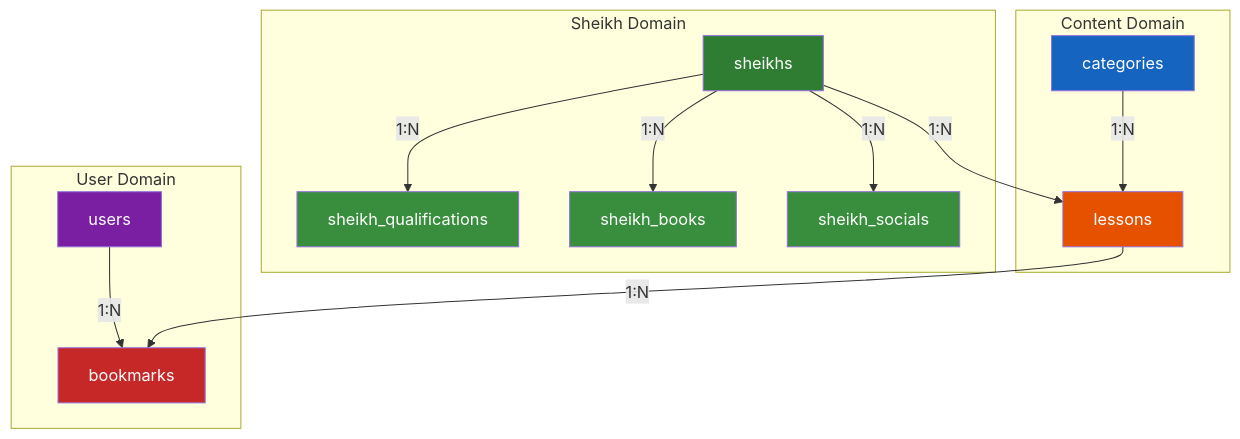
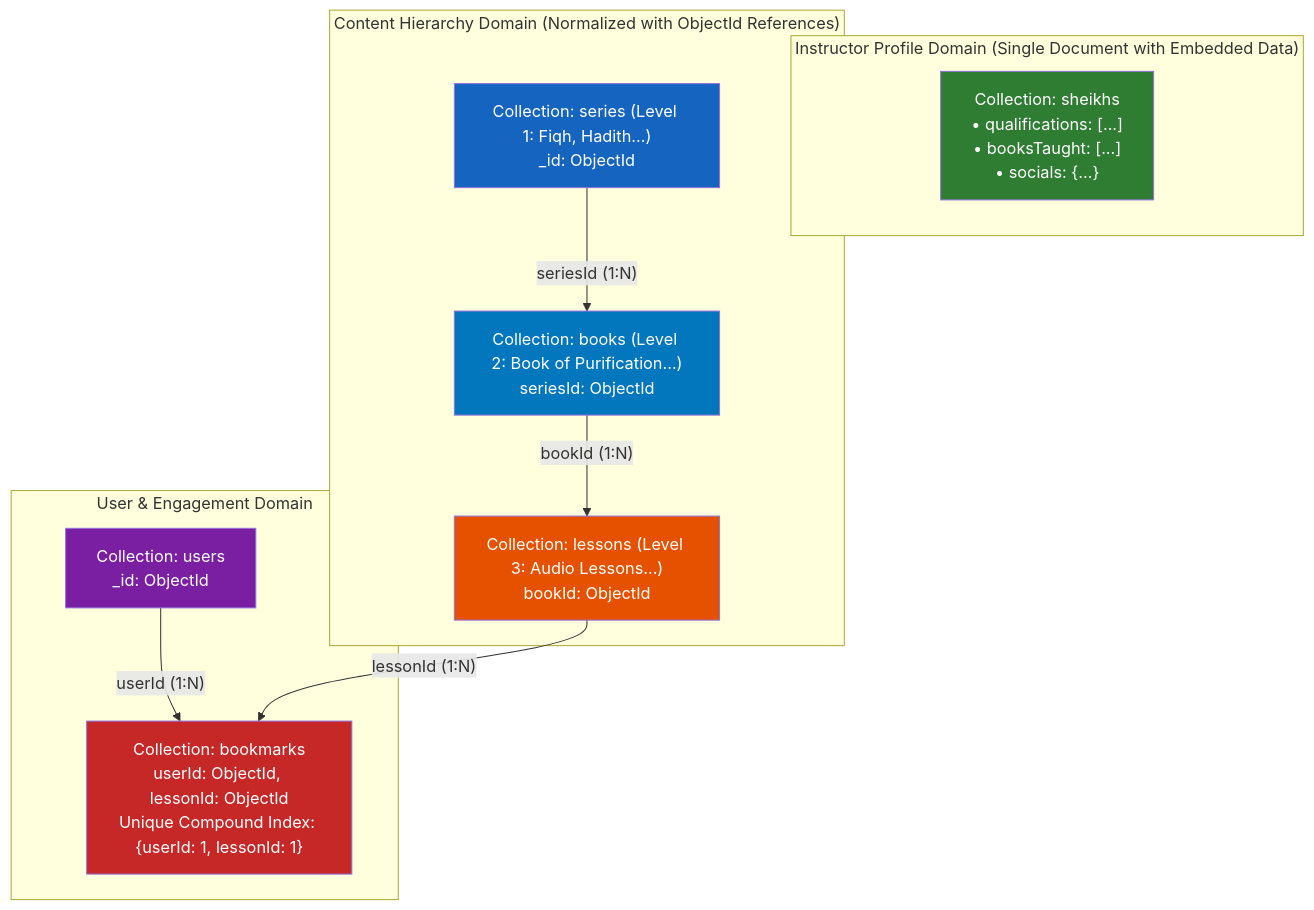
Before and after one commit to mohammedSayedRADWAN/islamic: the second of 2 diagrams in database-design/03-erd-diagram.md, drawn with Mermaid. The commit also changed other lines of this file and 7 other files, not shown here.

Commit message:
docs: add comprehensive database design documentation and MongoDB schema specification

````diff
--- a/database-design/03-erd-diagram.md
+++ b/database-design/03-erd-diagram.md
@@ -100,36 +112,29 @@
 ```mermaid
 graph TB
-    subgraph "Sheikh Domain"
-        S["sheikhs"]
-        SQ["sheikh_qualifications"]
-        SB["sheikh_books"]
-        SS["sheikh_socials"]
+    subgraph "Instructor Profile Domain (Single Document with Embedded Data)"
+        S["Collection: sheikhs<br/>• qualifications: [...]<br/>• booksTaught: [...]<br/>• socials: {...}"]
     end
 
-    subgraph "Content Domain"
-        C["categories"]
-        L["lessons"]
+    subgraph "Content Hierarchy Domain (Normalized with ObjectId References)"
+        SE["Collection: series (Level 1: Fiqh, Hadith...)<br/>_id: ObjectId"]
+        BK["Collection: books (Level 2: Book of Purification...)<br/>seriesId: ObjectId"]
+        L["Collection: lessons (Level 3: Audio Lessons...)<br/>bookId: ObjectId"]
     end
 
-    subgraph "User Domain"
-        U["users"]
-        BK["bookmarks"]
+    subgraph "User & Engagement Domain"
+        U["Collection: users<br/>_id: ObjectId"]
+        BM["Collection: bookmarks<br/>userId: ObjectId, lessonId: ObjectId<br/>Unique Compound Index: {userId: 1, lessonId: 1}"]
     end
 
-    S -->|"1:N"| SQ
-    S -->|"1:N"| SB
-    S -->|"1:N"| SS
-    S -->|"1:N"| L
-    C -->|"1:N"| L
-    U -->|"1:N"| BK
-    L -->|"1:N"| BK
+    SE -->|"seriesId (1:N)"| BK
+    BK -->|"bookId (1:N)"| L
+    U -->|"userId (1:N)"| BM
+    L -->|"lessonId (1:N)"| BM
 
     style S fill:#2E7D32,color:#fff
-    style C fill:#1565C0,color:#fff
+    style SE fill:#1565C0,color:#fff
+    style BK fill:#0277BD,color:#fff
     style L fill:#E65100,color:#fff
     style U fill:#7B1FA2,color:#fff
-    style BK fill:#C62828,color:#fff
-    style SQ fill:#388E3C,color:#fff
-    style SB fill:#388E3C,color:#fff
-    style SS fill:#388E3C,color:#fff
+    style BM fill:#C62828,color:#fff
 ```
````
